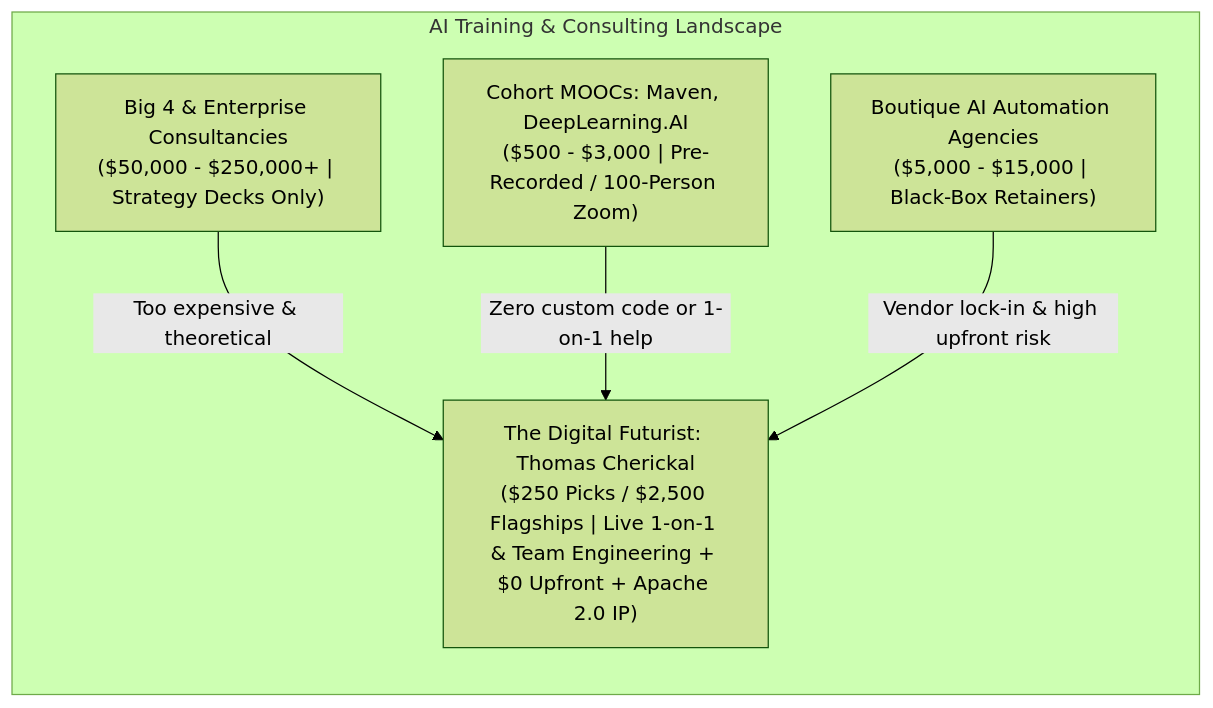
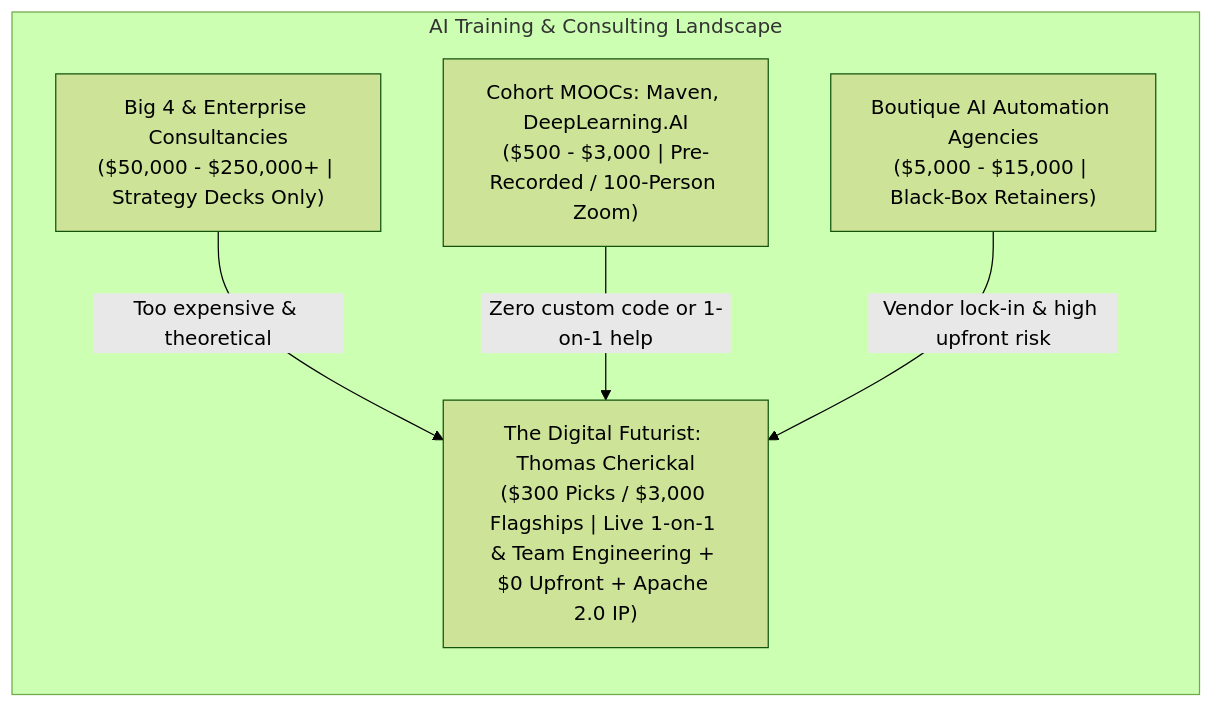
Before and after one commit to thomascherickal/thomascherickal.github.io: the diagram in internal-use/trainer-guide.md, drawn with Mermaid (forest theme). The commit also changed other lines of this file and 144 other files, not shown here.

````diff
--- a/internal-use/trainer-guide.md
+++ b/internal-use/trainer-guide.md
@@ -79,13 +79,13 @@
 ```mermaid
 flowchart TD
     subgraph Market["AI Training & Consulting Landscape"]
         direction TB
         A["Big 4 & Enterprise Consultancies<br/>($50,000 - $250,000+ | Strategy Decks Only)"]
         B["Cohort MOOCs: Maven, DeepLearning.AI<br/>($500 - $3,000 | Pre-Recorded / 100-Person Zoom)"]
         C["Boutique AI Automation Agencies<br/>($5,000 - $15,000 | Black-Box Retainers)"]
-        D["The Digital Futurist: Thomas Cherickal<br/>($250 Picks / $2,500 Flagships | Live 1-on-1 & Team Engineering + $0 Upfront + Apache 2.0 IP)"]
+        D["The Digital Futurist: Thomas Cherickal<br/>($300 Picks / $3,000 Flagships | Live 1-on-1 & Team Engineering + $0 Upfront + Apache 2.0 IP)"]
     end
     A -->|"Too expensive & theoretical"| D
     B -->|"Zero custom code or 1-on-1 help"| D
     C -->|"Vendor lock-in & high upfront risk"| D
 ```
````
